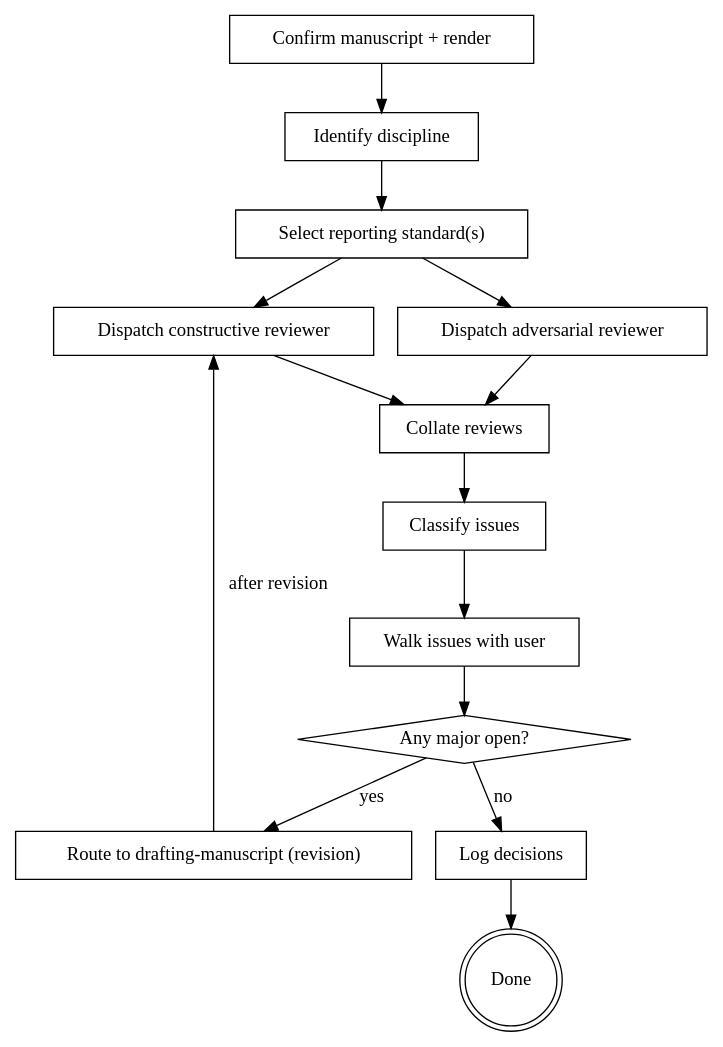
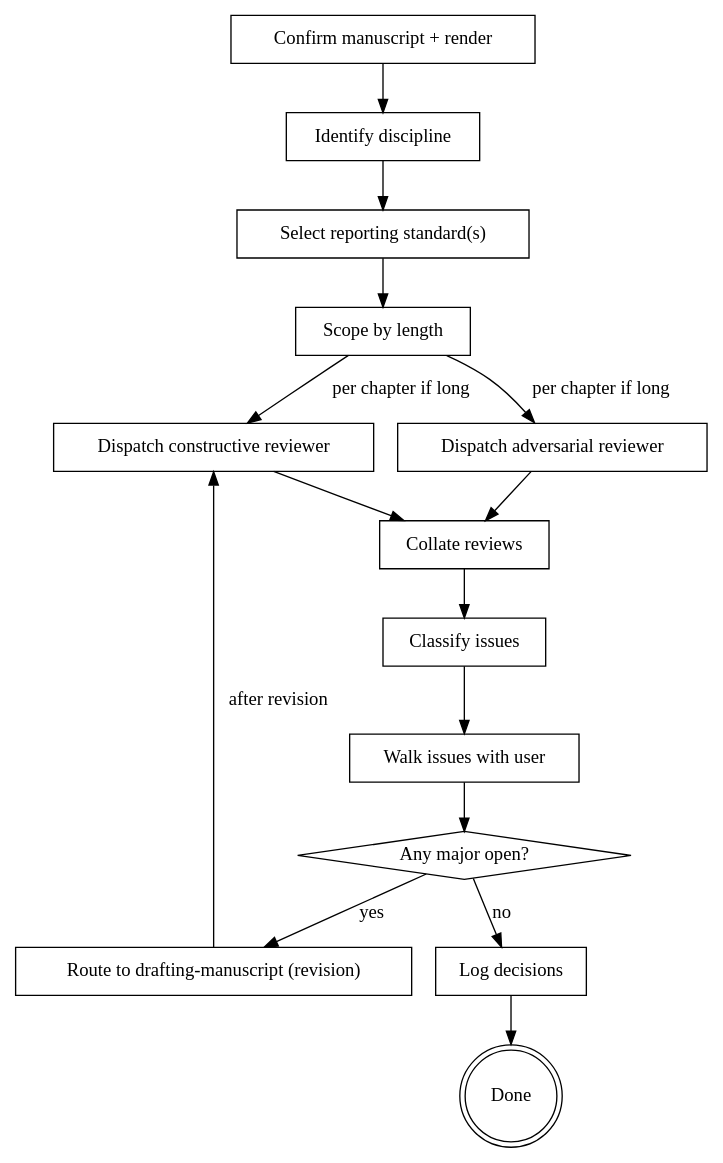
Before and after one commit to leiverkus/research-superpowers: the diagram in skills/requesting-peer-review/SKILL.md, drawn with Graphviz. The commit also changed other lines of this file and 3 other files, not shown here.

First line of the commit message:
feat(peer-review): per-chapter scope, neutral dispatch, stated limits (#133)

````diff
--- a/skills/requesting-peer-review/SKILL.md
+++ b/skills/requesting-peer-review/SKILL.md
@@ -81,30 +82,32 @@
 ```dot
 digraph peer_review {
     "Confirm manuscript + render" [shape=box];
     "Identify discipline" [shape=box];
     "Select reporting standard(s)" [shape=box];
     "Dispatch constructive reviewer" [shape=box];
     "Dispatch adversarial reviewer" [shape=box];
     "Collate reviews" [shape=box];
     "Classify issues" [shape=box];
     "Walk issues with user" [shape=box];
     "Any major open?" [shape=diamond];
     "Route to drafting-manuscript (revision)" [shape=box];
     "Log decisions" [shape=box];
     "Done" [shape=doublecircle];
 
     "Confirm manuscript + render" -> "Identify discipline";
     "Identify discipline" -> "Select reporting standard(s)";
-    "Select reporting standard(s)" -> "Dispatch constructive reviewer";
-    "Select reporting standard(s)" -> "Dispatch adversarial reviewer";
+    "Scope by length" [shape=box];
+    "Select reporting standard(s)" -> "Scope by length";
+    "Scope by length" -> "Dispatch constructive reviewer" [label="per chapter if long"];
+    "Scope by length" -> "Dispatch adversarial reviewer" [label="per chapter if long"];
     "Dispatch constructive reviewer" -> "Collate reviews";
     "Dispatch adversarial reviewer" -> "Collate reviews";
     "Collate reviews" -> "Classify issues";
     "Classify issues" -> "Walk issues with user";
     "Walk issues with user" -> "Any major open?";
     "Any major open?" -> "Route to drafting-manuscript (revision)" [label="yes"];
     "Route to drafting-manuscript (revision)" -> "Dispatch constructive reviewer" [label="after revision"];
     "Any major open?" -> "Log decisions" [label="no"];
     "Log decisions" -> "Done";
 }
 ```
````
